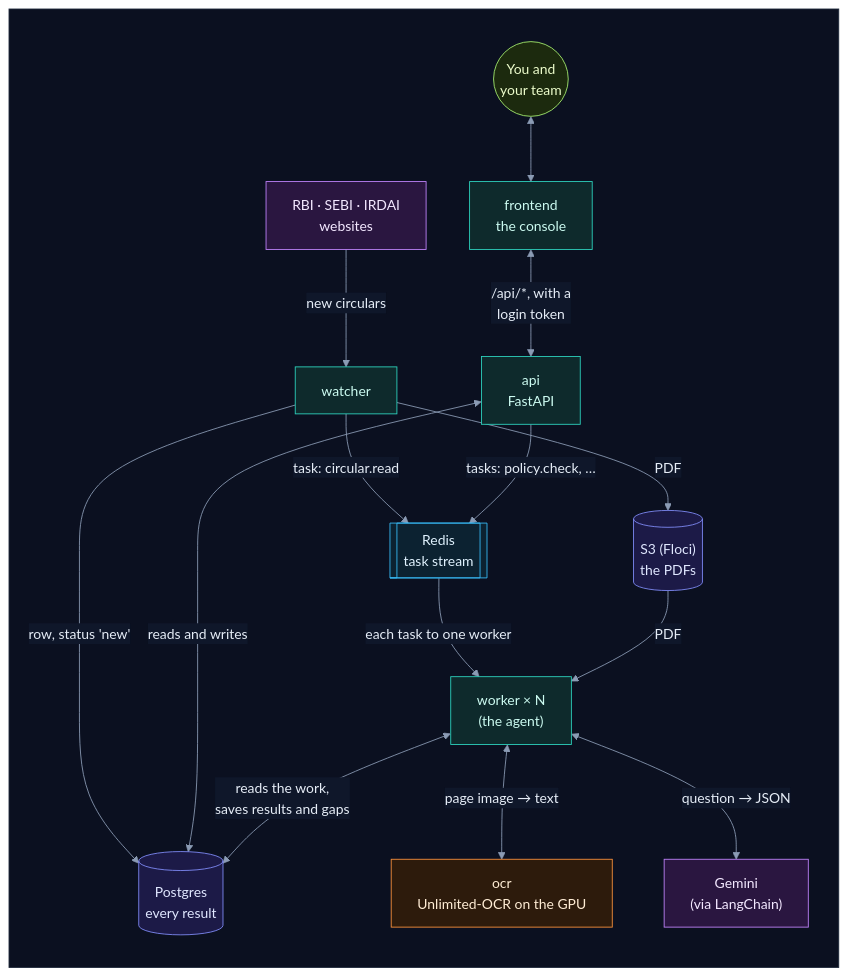
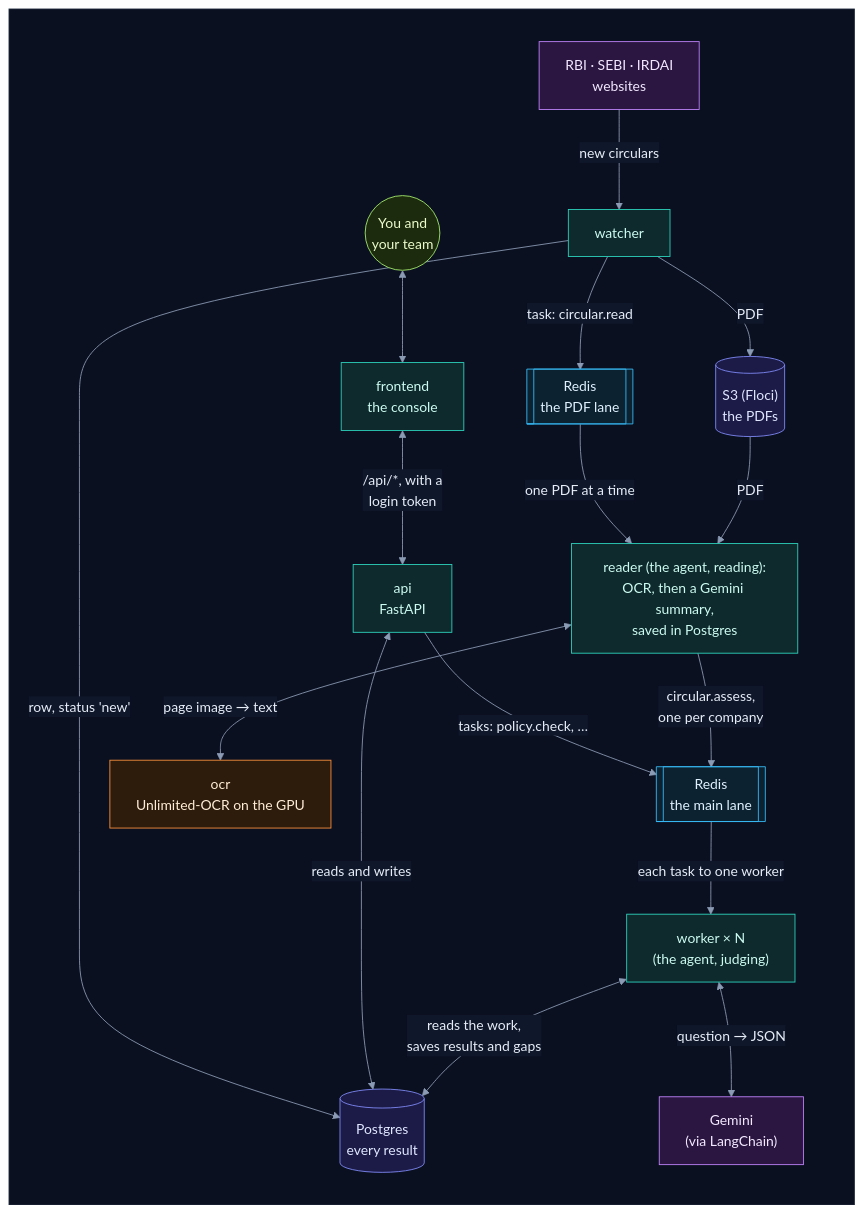
The third of 56 diagrams in how_it_works.md (selvakumarperumal/Regulatory_Circular_Impact_Agent), drawn with Mermaid before and after one commit. The commit also changed other lines of this file and 7 other files, not shown here.

Commit message:
Document the PDF lane and the main lane

````diff
--- a/how_it_works.md
+++ b/how_it_works.md
@@ -184,37 +192,39 @@
 ```mermaid
 %%{init: {"theme": "base", "flowchart": {"diagramPadding": 0}, "themeVariables": {"darkMode": true, "primaryColor": "#16213a", "primaryTextColor": "#e6edf7", "primaryBorderColor": "#475a7a", "lineColor": "#8b9bb4", "secondaryColor": "#1b2436", "tertiaryColor": "#101a2e", "edgeLabelBackground": "#0f172a", "textColor": "#e2e8f0", "clusterBkg": "#0f1728", "clusterBorder": "#2b3a55", "titleColor": "#c4b5fd", "nodeTextColor": "#e6edf7"}}}%%
 flowchart TD
     subgraph canvas[" "]
         direction TB
         sites["RBI · SEBI · IRDAI<br/>websites"] -->|"new circulars"| W["watcher"]
         U(("You and<br/>your team")) <--> F["frontend<br/>the console"]
         F <-->|"/api/*, with a<br/>login token"| A["api<br/>FastAPI"]
         W -->|"PDF"| S3[("S3 (Floci)<br/>the PDFs")]
         W -->|"row, status 'new'"| DB[("Postgres<br/>every result")]
         A <-->|"reads and writes"| DB
-        W -->|"task: circular.read"| Q[["Redis<br/>task stream"]]
-        A -->|"tasks: policy.check, …"| Q
-        Q -->|"each task to one worker"| K["worker × N<br/>(the agent)"]
+        W -->|"task: circular.read"| QP[["Redis<br/>the PDF lane"]]
+        A -->|"tasks: policy.check, …"| QM[["Redis<br/>the main lane"]]
+        QP -->|"one PDF at a time"| R["reader (the agent, reading):<br/>OCR, then a Gemini summary,<br/>saved in Postgres"]
+        S3 -->|PDF| R
+        R <-->|"page image → text"| O["ocr<br/>Unlimited-OCR on the GPU"]
+        R -->|"circular.assess,<br/>one per company"| QM
+        QM -->|"each task to one worker"| K["worker × N<br/>(the agent, judging)"]
+        K <-->|"question → JSON"| G["Gemini<br/>(via LangChain)"]
         K <-->|"reads the work,<br/>saves results and gaps"| DB
-        S3 -->|PDF| K
-        K <-->|"page image → text"| O["ocr<br/>Unlimited-OCR on the GPU"]
-        K <-->|"question → JSON"| G["Gemini<br/>(via LangChain)"]
     end
     classDef svc fill:#0e2a2c,stroke:#2dd4bf,color:#ccfbf1
     classDef data fill:#1c1a47,stroke:#818cf8,color:#e0e7ff
     classDef ext fill:#2a1640,stroke:#c084fc,color:#f3e8ff
     classDef gpu fill:#2d1b0c,stroke:#fb923c,color:#ffedd5
     classDef ask fill:#2a2410,stroke:#fbbf24,color:#fef3c7
     classDef ok fill:#0b2a1c,stroke:#34d399,color:#d1fae5
     classDef bad fill:#2e0f17,stroke:#fb7185,color:#ffe4e6
     classDef start fill:#1c2a0e,stroke:#a7ef6f,color:#ecfccb
     classDef muted fill:#1a2130,stroke:#64748b,color:#cbd5e1
     classDef queue fill:#0c2231,stroke:#38bdf8,color:#e0f2fe
-    class W,K,A,F svc
+    class W,R,K,A,F svc
     class S3,DB data
-    class Q queue
+    class QP,QM queue
     class sites,G ext
     class O gpu
     class U start
     style canvas fill:#0b1020,stroke:#1e293b,color:#0b1020
 ```
````
